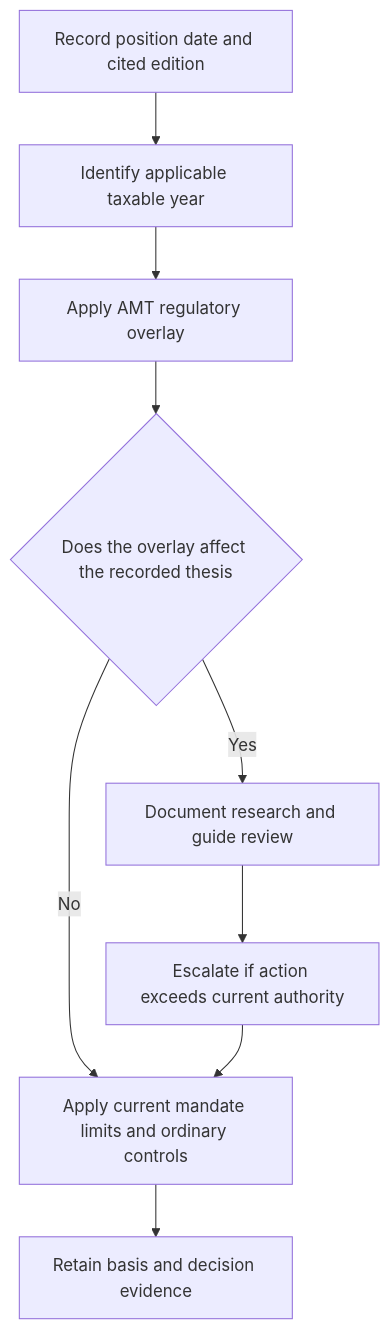
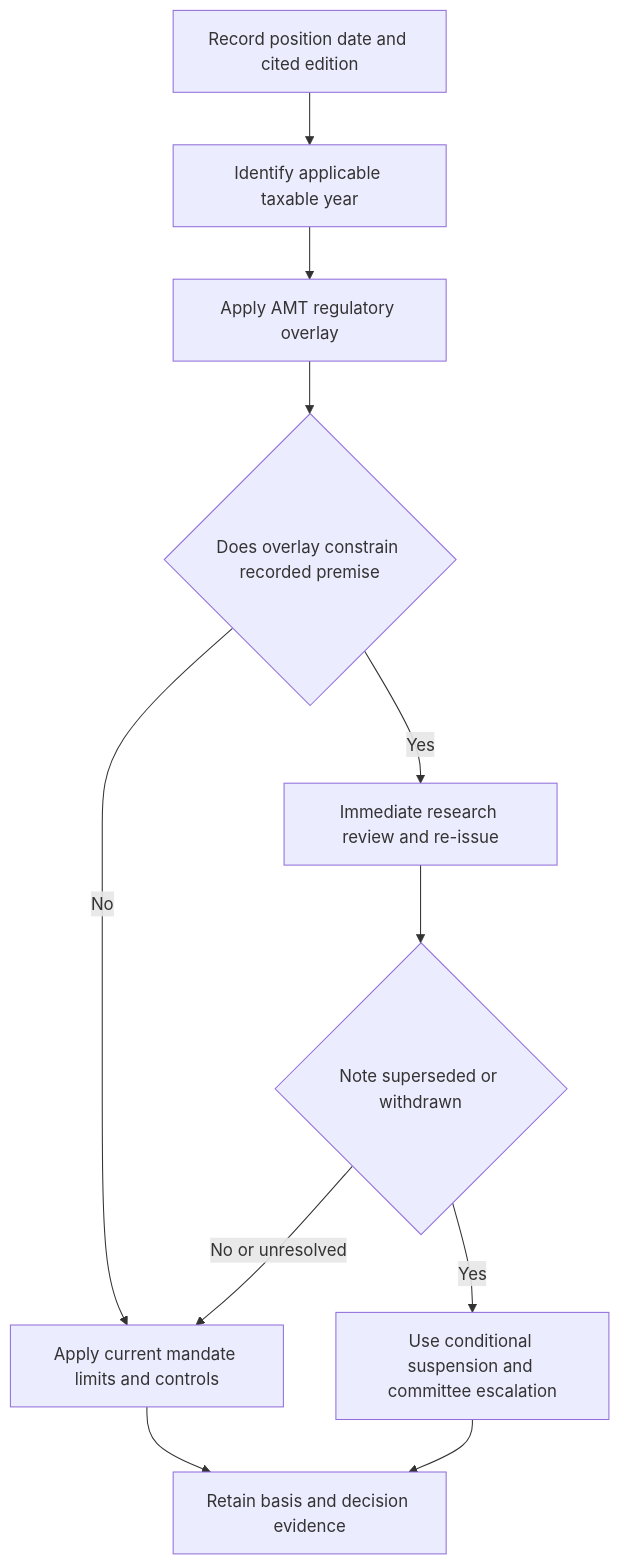
One commit to xuro-langchain/wealth-research-corpus changed the diagram in openwiki/workflows/position-basis-of-record.md. Above: the diagram before and after it, drawn with Mermaid. The commit also changed other lines of this file and 27 other files, not shown here.

````diff
--- a/openwiki/workflows/position-basis-of-record.md
+++ b/openwiki/workflows/position-basis-of-record.md
@@ -52,11 +52,13 @@
 ```mermaid
 flowchart TD
     PositionDate["Record position date and cited edition"] --> TaxYear["Identify applicable taxable year"]
     TaxYear --> AMT["Apply AMT regulatory overlay"]
-    AMT --> Review{"Does the overlay affect the recorded thesis"}
-    Review -- "No" --> Controls["Apply current mandate limits and ordinary controls"]
-    Review -- "Yes" --> Document["Document research and guide review"]
-    Document --> Authority["Escalate if action exceeds current authority"]
-    Authority --> Controls
-    Controls --> Record["Retain basis and decision evidence"]
+    AMT --> Effect{"Does overlay constrain recorded premise"}
+    Effect -- "No" --> Controls["Apply current mandate limits and controls"]
+    Effect -- "Yes" --> ResearchReview["Immediate research review and re-issue"]
+    ResearchReview --> Status{"Note superseded or withdrawn"}
+    Status -- "No or unresolved" --> Controls
+    Status -- "Yes" --> Suspend["Use conditional suspension and committee escalation"]
+    Suspend --> Record["Retain basis and decision evidence"]
+    Controls --> Record
 ```
````
